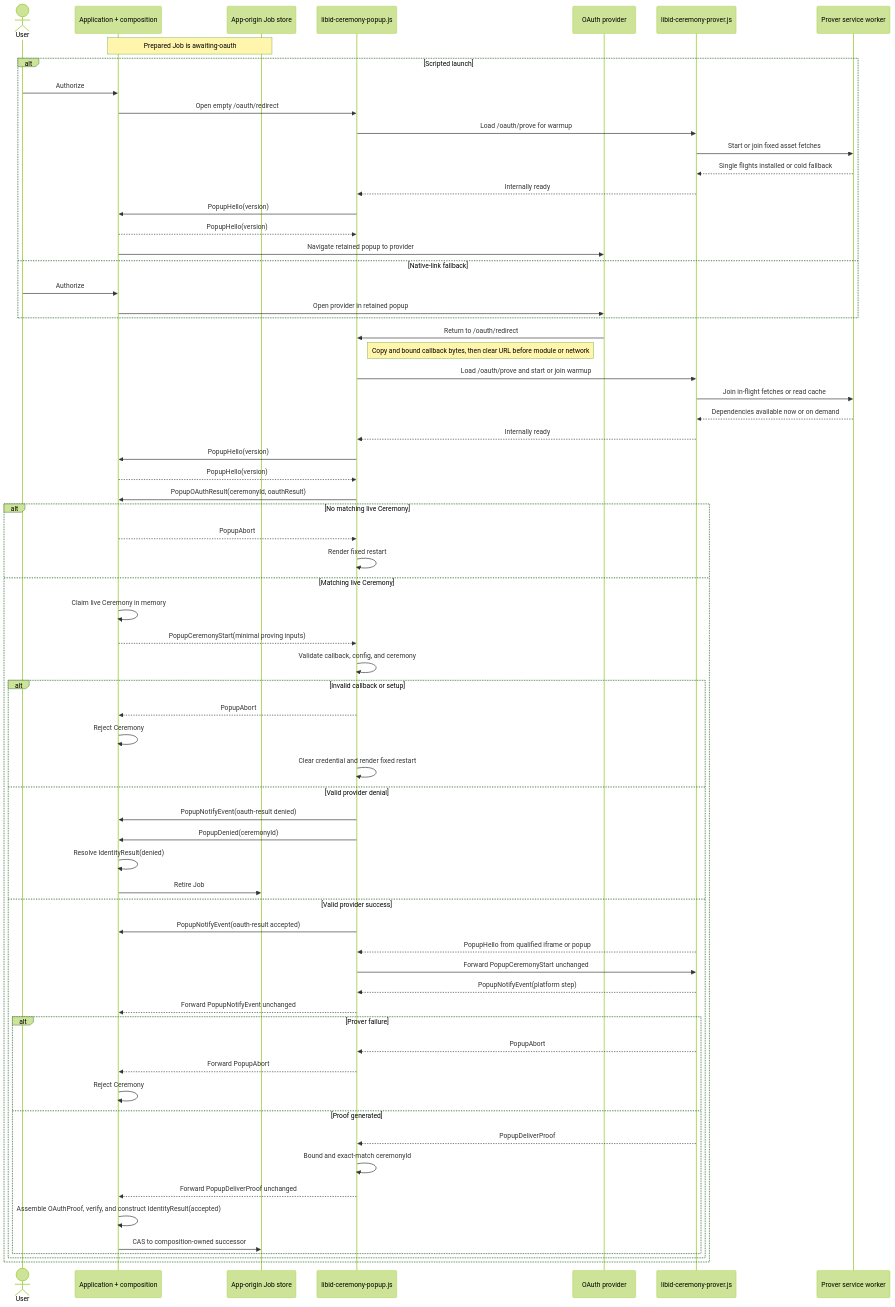
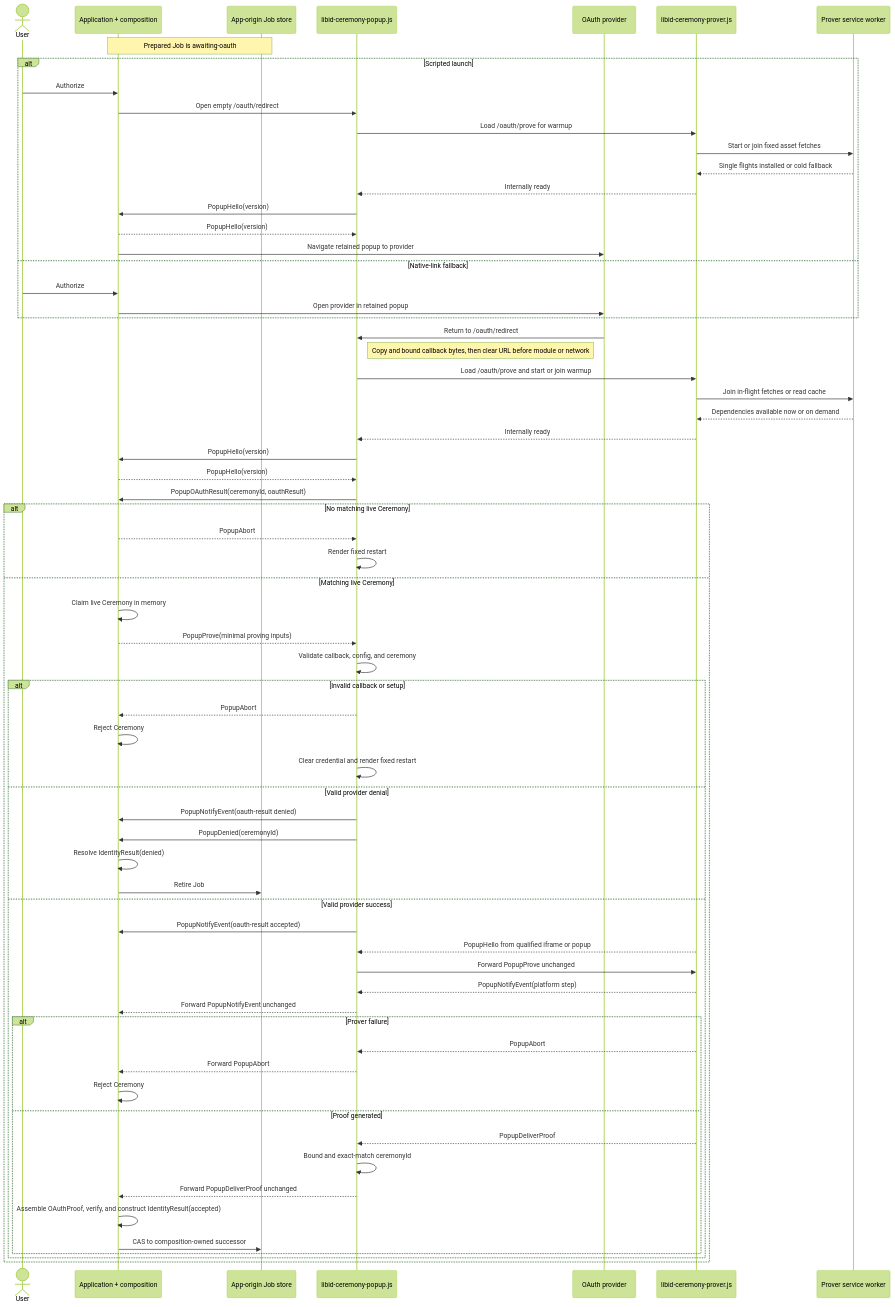
Before and after one commit to libid-org/libid: the diagram in ts/packages/ceremony/ARCHITECTURE.md, drawn with Mermaid (forest theme). The commit also changed other lines of this file and 1 other file, not shown here.

Commit message:
docs(ceremony): minimize prover input

````diff
--- a/ts/packages/ceremony/ARCHITECTURE.md
+++ b/ts/packages/ceremony/ARCHITECTURE.md
@@ -589,71 +588,71 @@
 ```mermaid
 sequenceDiagram
     actor U as User
     participant A as Application + composition
     participant J as App-origin Job store
     participant C as libid-ceremony-popup.js
     participant O as OAuth provider
     participant P as libid-ceremony-prover.js
     participant W as Prover service worker
 
     Note over A,J: Prepared Job is awaiting-oauth
     alt Scripted launch
         U->>A: Authorize
         A->>C: Open empty /oauth/redirect
         C->>P: Load /oauth/prove for warmup
         P->>W: Start or join fixed asset fetches
         W-->>P: Single flights installed or cold fallback
         P-->>C: Internally ready
         C->>A: PopupHello(version)
         A-->>C: PopupHello(version)
         A->>O: Navigate retained popup to provider
     else Native-link fallback
         U->>A: Authorize
         A->>O: Open provider in retained popup
     end
     O->>C: Return to /oauth/redirect
     Note right of C: Copy and bound callback bytes, then clear URL before module or network
     C->>P: Load /oauth/prove and start or join warmup
     P->>W: Join in-flight fetches or read cache
     W-->>P: Dependencies available now or on demand
     P-->>C: Internally ready
     C->>A: PopupHello(version)
     A-->>C: PopupHello(version)
     C->>A: PopupOAuthResult(ceremonyId, oauthResult)
     alt No matching live Ceremony
         A-->>C: PopupAbort
         C->>C: Render fixed restart
     else Matching live Ceremony
         A->>A: Claim live Ceremony in memory
-        A-->>C: PopupCeremonyStart(minimal proving inputs)
+        A-->>C: PopupProve(minimal proving inputs)
         C->>C: Validate callback, config, and ceremony
 
         alt Invalid callback or setup
             C-->>A: PopupAbort
             A->>A: Reject Ceremony
             C->>C: Clear credential and render fixed restart
         else Valid provider denial
             C->>A: PopupNotifyEvent(oauth-result denied)
             C->>A: PopupDenied(ceremonyId)
             A->>A: Resolve IdentityResult(denied)
             A->>J: Retire Job
         else Valid provider success
             C->>A: PopupNotifyEvent(oauth-result accepted)
             P-->>C: PopupHello from qualified iframe or popup
-            C->>P: Forward PopupCeremonyStart unchanged
+            C->>P: Forward PopupProve unchanged
             P-->>C: PopupNotifyEvent(platform step)
             C-->>A: Forward PopupNotifyEvent unchanged
             alt Prover failure
                 P-->>C: PopupAbort
                 C-->>A: Forward PopupAbort
                 A->>A: Reject Ceremony
             else Proof generated
                 P-->>C: PopupDeliverProof
                 C->>C: Bound and exact-match ceremonyId
                 C-->>A: Forward PopupDeliverProof unchanged
                 A->>A: Assemble OAuthProof, verify, and construct IdentityResult(accepted)
                 A->>J: CAS to composition-owned successor
             end
         end
     end
 ```
````
